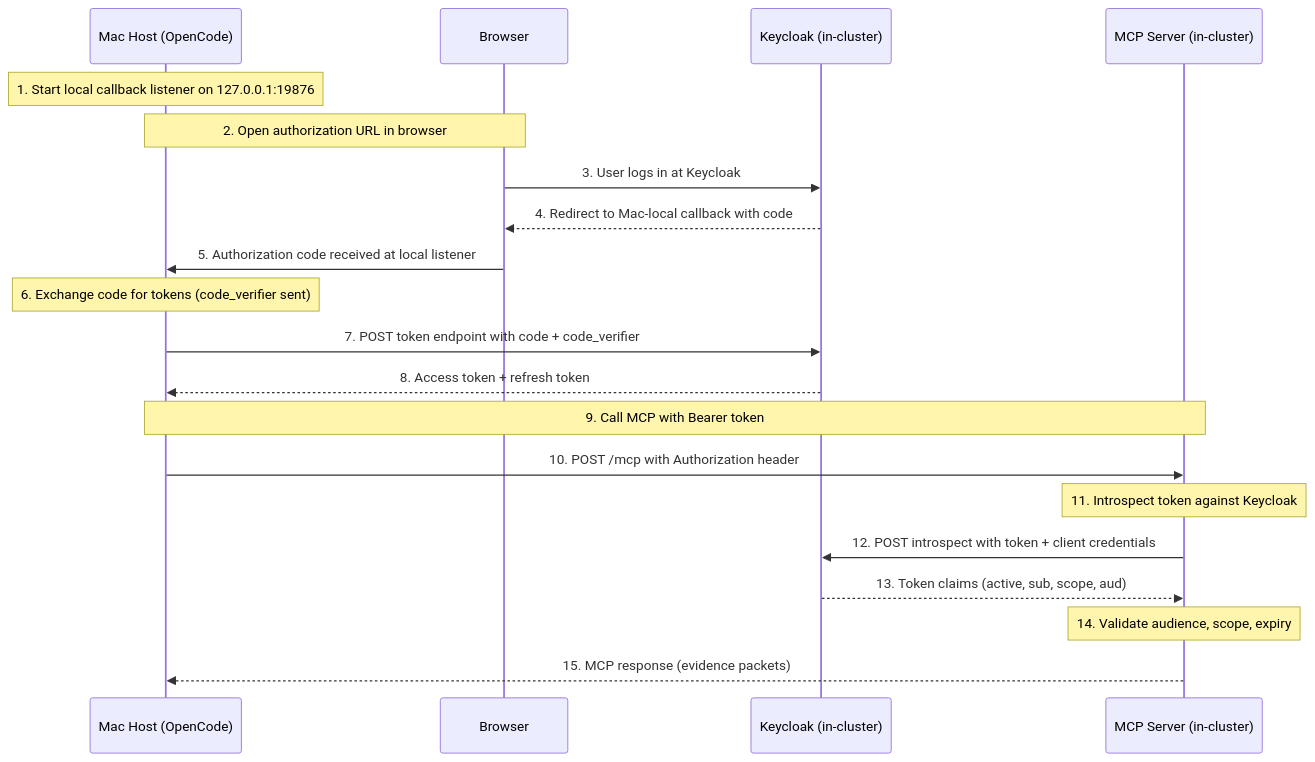
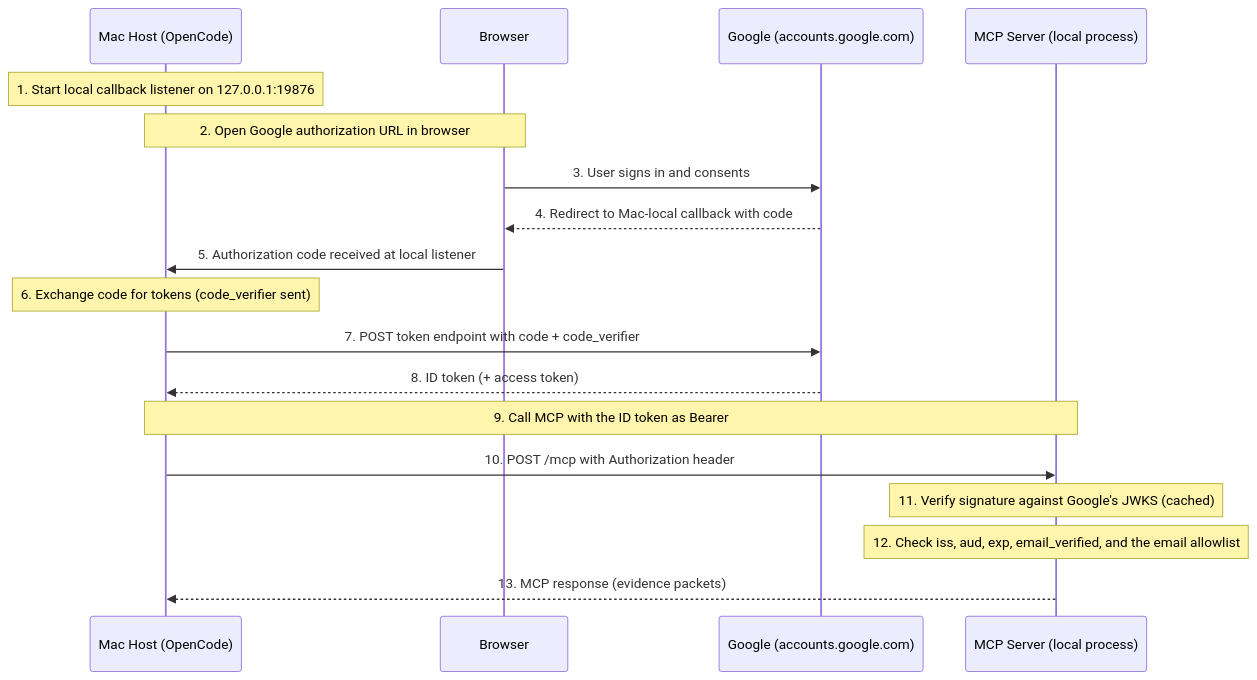
The diagram in docs/mcp.md (suankan/pocket-advisor), drawn with Mermaid before and after one commit. The commit also changed other lines of this file and 31 other files, not shown here.

````diff
--- a/docs/mcp.md
+++ b/docs/mcp.md
@@ -156,36 +156,32 @@
 ```mermaid
 sequenceDiagram
     participant Mac as Mac Host (OpenCode)
     participant Browser as Browser
-    participant KC as Keycloak (in-cluster)
-    participant MCP as MCP Server (in-cluster)
+    participant Google as Google (accounts.google.com)
+    participant MCP as MCP Server (local process)
 
     Note over Mac: 1. Start local callback listener on 127.0.0.1:19876
 
-    Note over Mac,Browser: 2. Open authorization URL in browser
+    Note over Mac,Browser: 2. Open Google authorization URL in browser
 
-    Browser->>KC: 3. User logs in at Keycloak
-    KC-->>Browser: 4. Redirect to Mac-local callback with code
+    Browser->>Google: 3. User signs in and consents
+    Google-->>Browser: 4. Redirect to Mac-local callback with code
 
     Browser->>Mac: 5. Authorization code received at local listener
 
     Note over Mac: 6. Exchange code for tokens (code_verifier sent)
 
-    Mac->>KC: 7. POST token endpoint with code + code_verifier
+    Mac->>Google: 7. POST token endpoint with code + code_verifier
 
-    KC-->>Mac: 8. Access token + refresh token
+    Google-->>Mac: 8. ID token (+ access token)
 
-    Note over Mac,MCP: 9. Call MCP with Bearer token
+    Note over Mac,MCP: 9. Call MCP with the ID token as Bearer
 
     Mac->>MCP: 10. POST /mcp with Authorization header
 
-    Note over MCP: 11. Introspect token against Keycloak
+    Note over MCP: 11. Verify signature against Google's JWKS (cached)
 
-    MCP->>KC: 12. POST introspect with token + client credentials
+    Note over MCP: 12. Check iss, aud, exp, email_verified, and the email allowlist
 
-    KC-->>MCP: 13. Token claims (active, sub, scope, aud)
-
-    Note over MCP: 14. Validate audience, scope, expiry
-
-    MCP-->>Mac: 15. MCP response (evidence packets)
+    MCP-->>Mac: 13. MCP response (evidence packets)
 ```
````
